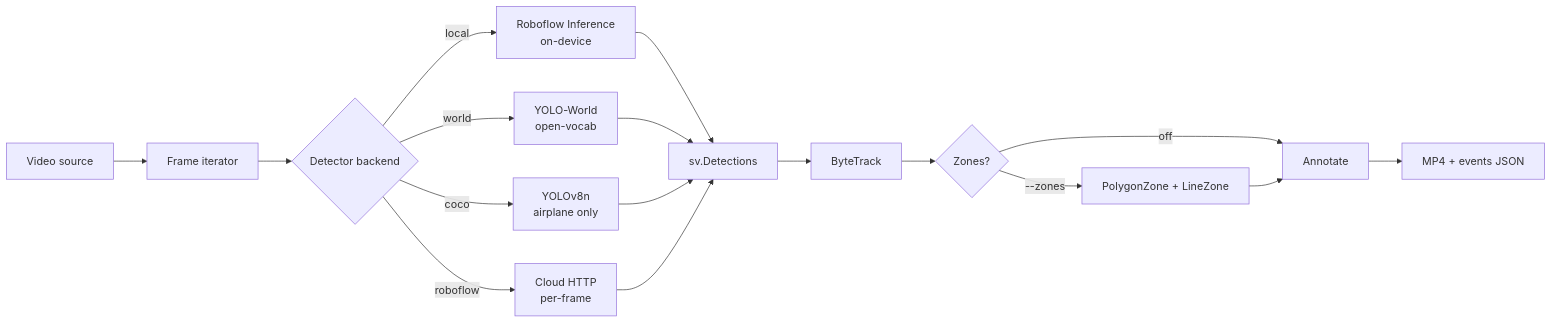
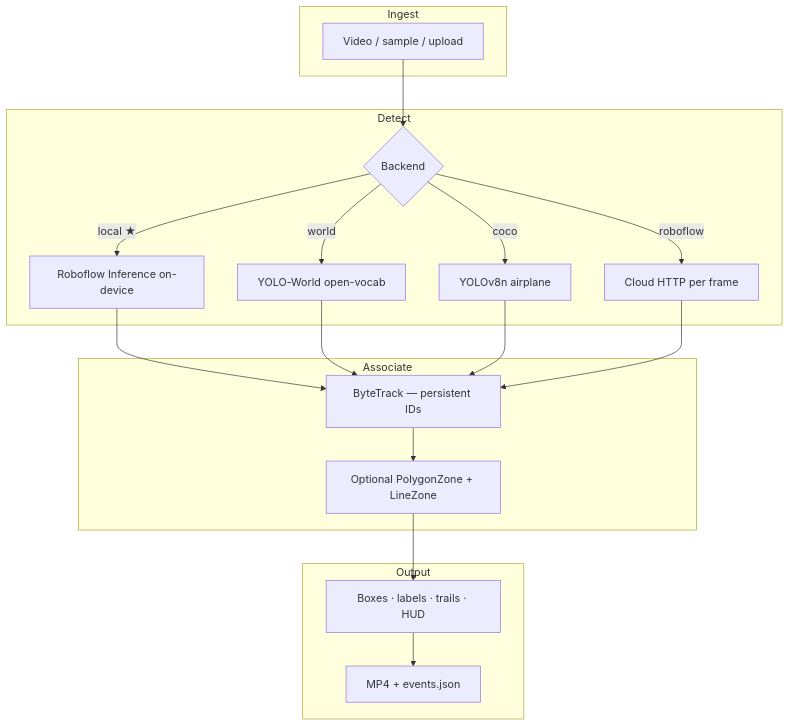
Before and after one commit to amafjarkasi/skytrace: the diagram in README.md, drawn with Mermaid. The commit also changed other lines of this file and 24 other files, not shown here.

````diff
--- a/README.md
+++ b/README.md
@@ -40,19 +103,27 @@
 ```mermaid
-flowchart LR
-  A[Video source] --> B[Frame iterator]
-  B --> C{Detector backend}
-  C -->|local| D[Roboflow Inference<br/>on-device]
-  C -->|world| E[YOLO-World<br/>open-vocab]
-  C -->|coco| F[YOLOv8n<br/>airplane only]
-  C -->|roboflow| G[Cloud HTTP<br/>per-frame]
-  D --> H[sv.Detections]
-  E --> H
-  F --> H
-  G --> H
-  H --> I[ByteTrack]
-  I --> J{Zones?}
-  J -->|--zones| K[PolygonZone + LineZone]
-  J -->|off| L[Annotate]
-  K --> L
-  L --> M[MP4 + events JSON]
+flowchart TB
+  subgraph Ingest
+    V[Video / sample / upload]
+  end
+  subgraph Detect
+    B{Backend}
+    B -->|local ★| L[Roboflow Inference on-device]
+    B -->|world| W[YOLO-World open-vocab]
+    B -->|coco| C[YOLOv8n airplane]
+    B -->|roboflow| R[Cloud HTTP per frame]
+  end
+  subgraph Associate
+    T[ByteTrack — persistent IDs]
+    Z[Optional PolygonZone + LineZone]
+  end
+  subgraph Output
+    A[Boxes · labels · trails · HUD]
+    E[MP4 + events.json]
+  end
+  V --> B
+  L --> T
+  W --> T
+  C --> T
+  R --> T
+  T --> Z --> A --> E
 ```
````
